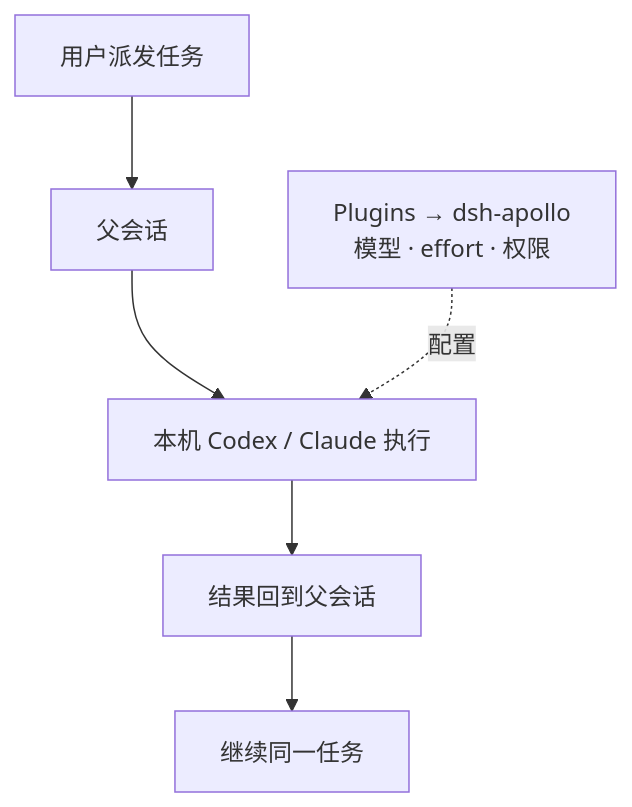
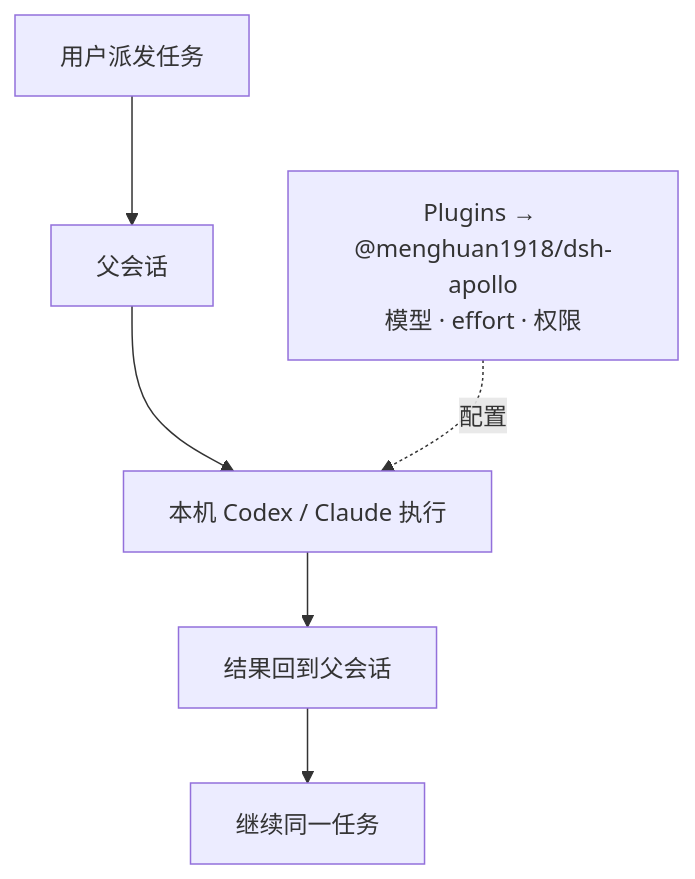
The third of 3 diagrams in README.md (Menghuan1918/dsh-apollo), drawn with Mermaid before and after one commit. The commit also changed other lines of this file and 13 other files, not shown here.

````diff
--- a/README.md
+++ b/README.md
@@ -96,8 +107,8 @@
 ```mermaid
 flowchart TB
     U["用户派发任务"] --> P["父会话"]
     P --> C["本机 Codex / Claude 执行"]
-    S["Plugins → dsh-apollo<br/>模型 · effort · 权限"] -. 配置 .-> C
+    S["Plugins → @menghuan1918/dsh-apollo<br/>模型 · effort · 权限"] -. 配置 .-> C
     C --> R["结果回到父会话"]
     R --> N["继续同一任务"]
 ```
````
